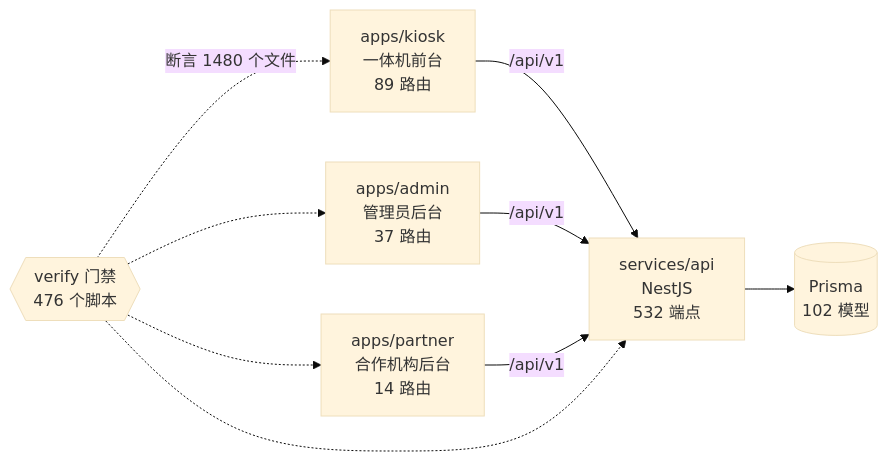
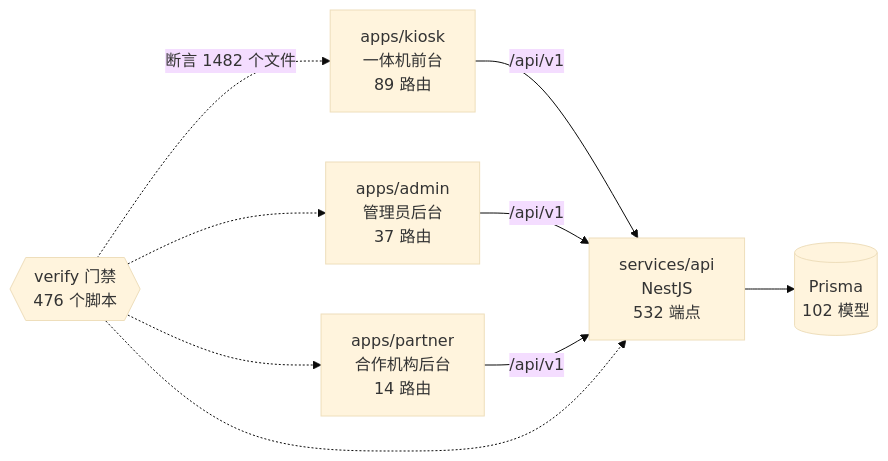
Before and after one commit to wanglei581/YITIJI: the diagram in docs/graph/README.md, drawn with Mermaid (base theme). The commit also changed other lines of this file and 5 other files, not shown here.

Commit message:
docs: record resume intent protections and refresh graph

````diff
--- a/docs/graph/README.md
+++ b/docs/graph/README.md
@@ -68,18 +68,18 @@
 ```mermaid
 flowchart LR
   kiosk["apps/kiosk<br/>一体机前台<br/>89 路由"]
   admin["apps/admin<br/>管理员后台<br/>37 路由"]
   partner["apps/partner<br/>合作机构后台<br/>14 路由"]
   api["services/api<br/>NestJS<br/>532 端点"]
   db[("Prisma<br/>102 模型")]
   gates{{"verify 门禁<br/>476 个脚本"}}
 
   kiosk -->|"/api/v1"| api
   admin -->|"/api/v1"| api
   partner -->|"/api/v1"| api
   api --> db
-  gates -.->|"断言 1480 个文件"| kiosk
+  gates -.->|"断言 1482 个文件"| kiosk
   gates -.-> admin
   gates -.-> partner
   gates -.-> api
 ```
````
